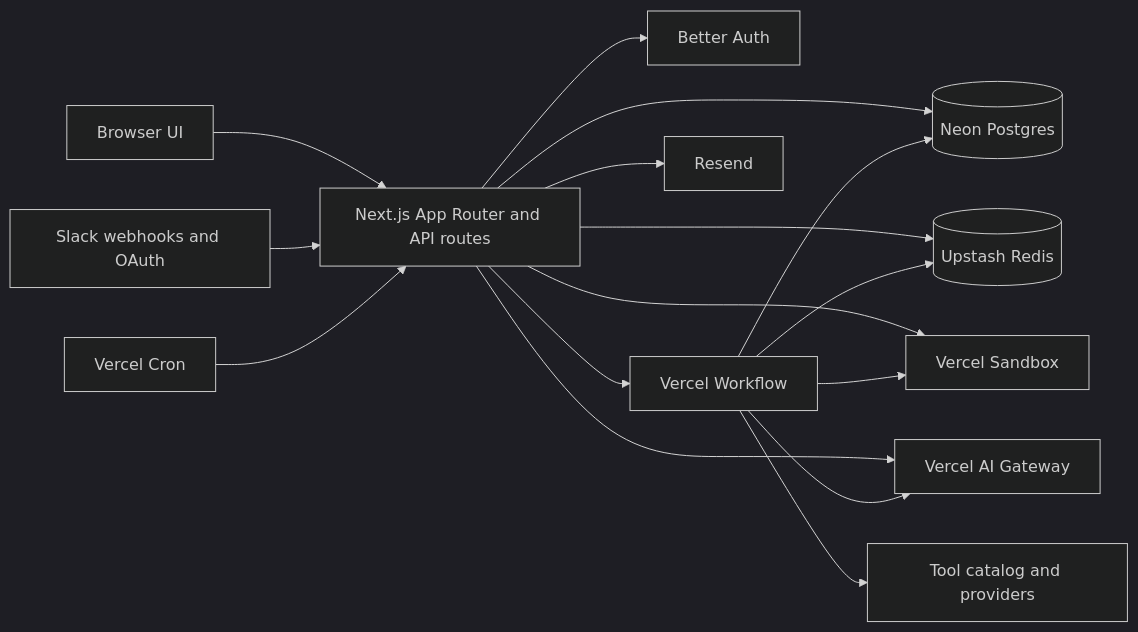
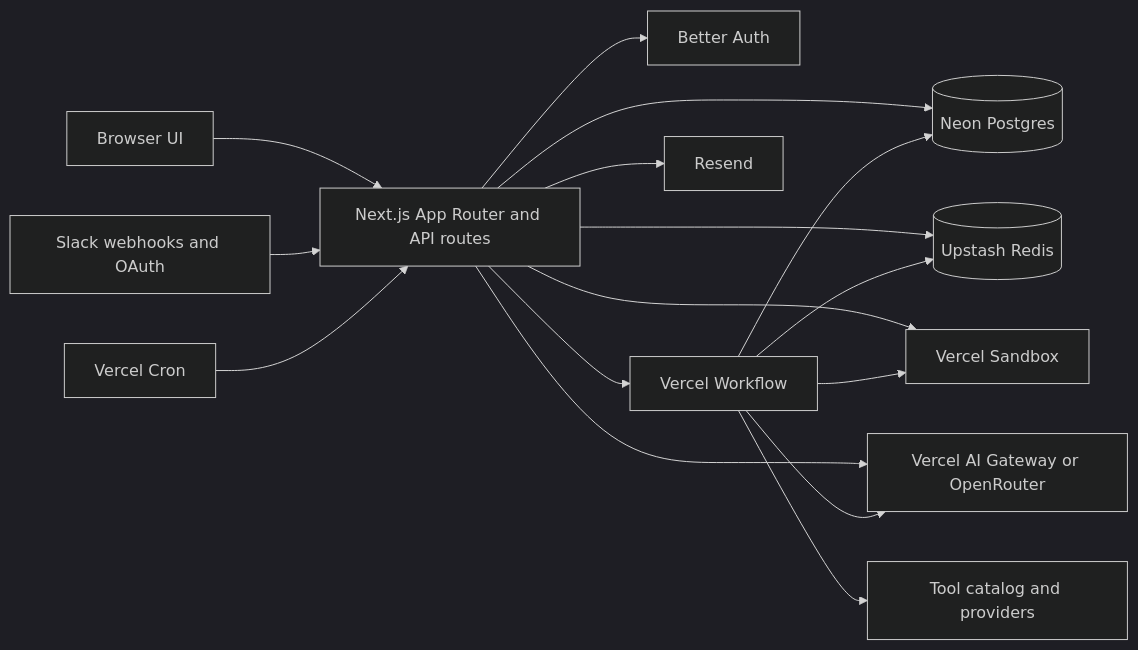
One commit to TommyBez/outname changed the first of 2 diagrams in docs/ARCHITECTURE.md. Above: the diagram before and after it, drawn with Mermaid (dark theme). The commit also changed other lines of this file and 74 other files, not shown here.

First line of the commit message:
Add OpenRouter as a provider-aware inference option (#182)

````diff
--- a/docs/ARCHITECTURE.md
+++ b/docs/ARCHITECTURE.md
@@ -11,20 +11,20 @@
 ```mermaid
 flowchart LR
   Browser[Browser UI] --> Next[Next.js App Router and API routes]
   Slack[Slack webhooks and OAuth] --> Next
   Cron[Vercel Cron] --> Next
 
   Next --> Auth[Better Auth]
   Next --> DB[(Neon Postgres)]
   Next --> Redis[(Upstash Redis)]
   Next --> Workflow[Vercel Workflow]
   Next --> Resend[Resend]
 
-  Next --> Gateway[Vercel AI Gateway]
+  Next --> Inference[Vercel AI Gateway or OpenRouter]
   Next --> Sandbox[Vercel Sandbox]
   Workflow --> Sandbox
-  Workflow --> Gateway
+  Workflow --> Inference
   Workflow --> DB
   Workflow --> Redis
   Workflow --> Tools[Tool catalog and providers]
 ```
````
